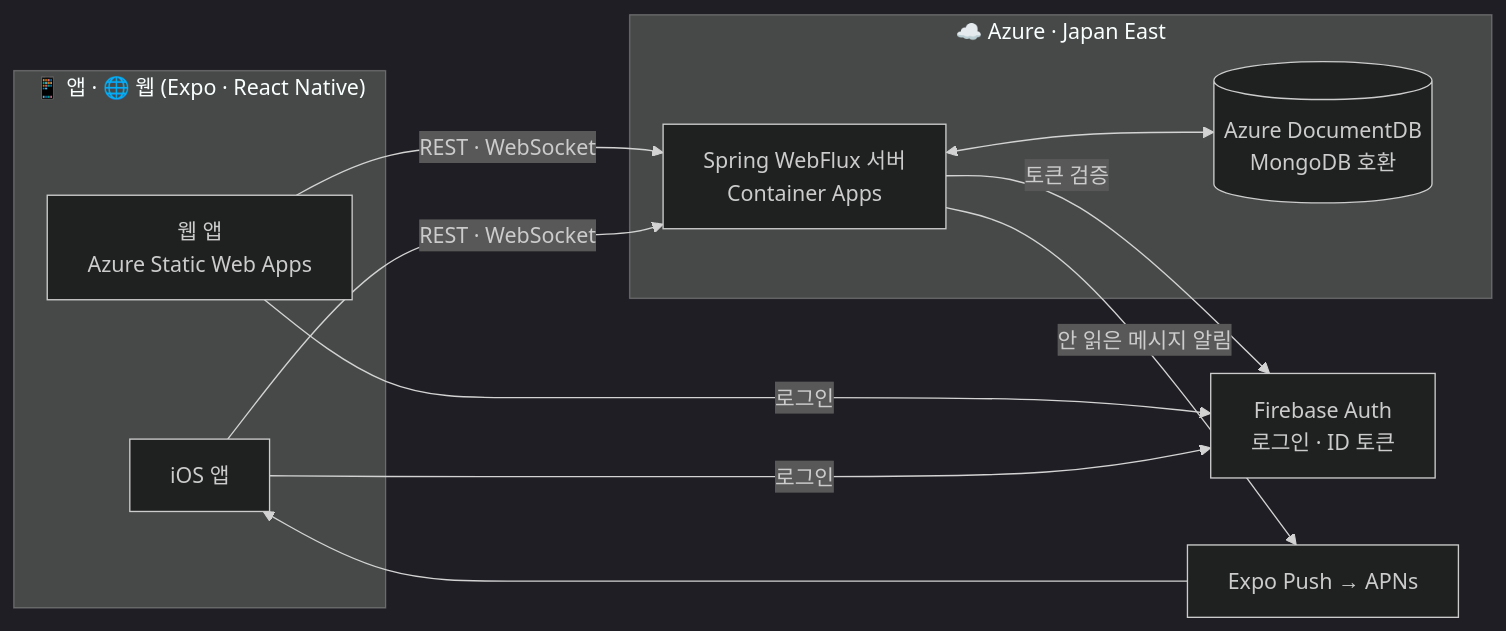
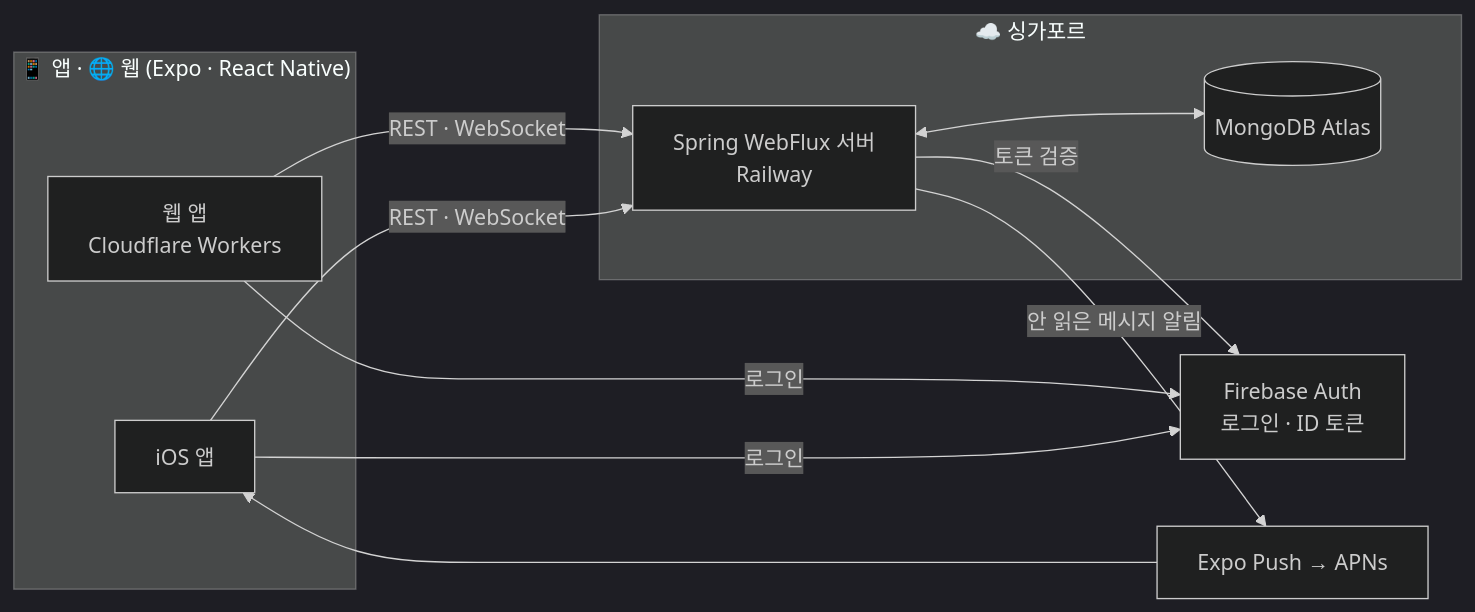
The diagram in README.md (ottuck/buddy-chat), drawn with Mermaid (dark theme) before and after one commit. The commit also changed other lines of this file and 23 other files, not shown here.

First line of the commit message:
chore: 인프라를 Railway·Atlas·Cloudflare로 옮길 준비

````diff
--- a/README.md
+++ b/README.md
@@ -91,25 +91,25 @@
 ```mermaid
 flowchart LR
     subgraph Client["📱 앱 · 🌐 웹 (Expo · React Native)"]
         App["iOS 앱"]
-        Web["웹 앱<br/>Azure Static Web Apps"]
+        Web["웹 앱<br/>Cloudflare Workers"]
     end
 
     Firebase["Firebase Auth<br/>로그인 · ID 토큰"]
 
-    subgraph Azure["☁️ Azure · Japan East"]
-        Server["Spring WebFlux 서버<br/>Container Apps"]
-        DB[("Azure DocumentDB<br/>MongoDB 호환")]
+    subgraph Cloud["☁️ 싱가포르"]
+        Server["Spring WebFlux 서버<br/>Railway"]
+        DB[("MongoDB Atlas")]
     end
 
     Expo["Expo Push → APNs"]
 
     App -- 로그인 --> Firebase
     Web -- 로그인 --> Firebase
     App -- "REST · WebSocket" --> Server
     Web -- "REST · WebSocket" --> Server
     Server -- 토큰 검증 --> Firebase
     Server <--> DB
     Server -- 안 읽은 메시지 알림 --> Expo
     Expo --> App
 ```
````
